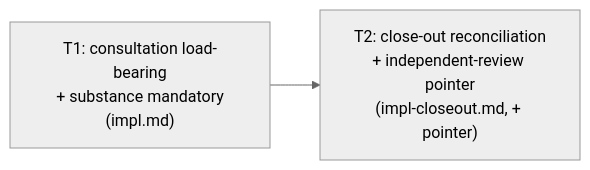
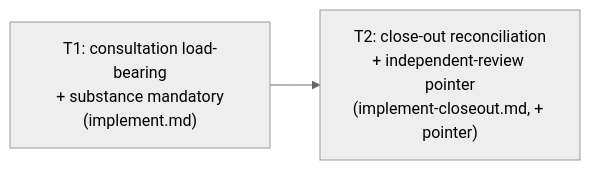
One commit to mynghn/leanplan changed the diagram in docs/features/260621-jit-load-guarantee/tasks.md. Above: the diagram before and after it, drawn with Mermaid (neutral theme). The commit also changed other lines of this file and 35 other files, not shown here.

````diff
--- a/docs/features/260621-jit-load-guarantee/tasks.md
+++ b/docs/features/260621-jit-load-guarantee/tasks.md
@@ -10,4 +10,4 @@
 ```mermaid
 flowchart LR
-  T1["T1: consultation load-bearing<br/>+ substance mandatory<br/>(impl.md)"] --> T2["T2: close-out reconciliation<br/>+ independent-review pointer<br/>(impl-closeout.md, + pointer)"]
+  T1["T1: consultation load-bearing<br/>+ substance mandatory<br/>(implement.md)"] --> T2["T2: close-out reconciliation<br/>+ independent-review pointer<br/>(implement-closeout.md, + pointer)"]
 ```
````
